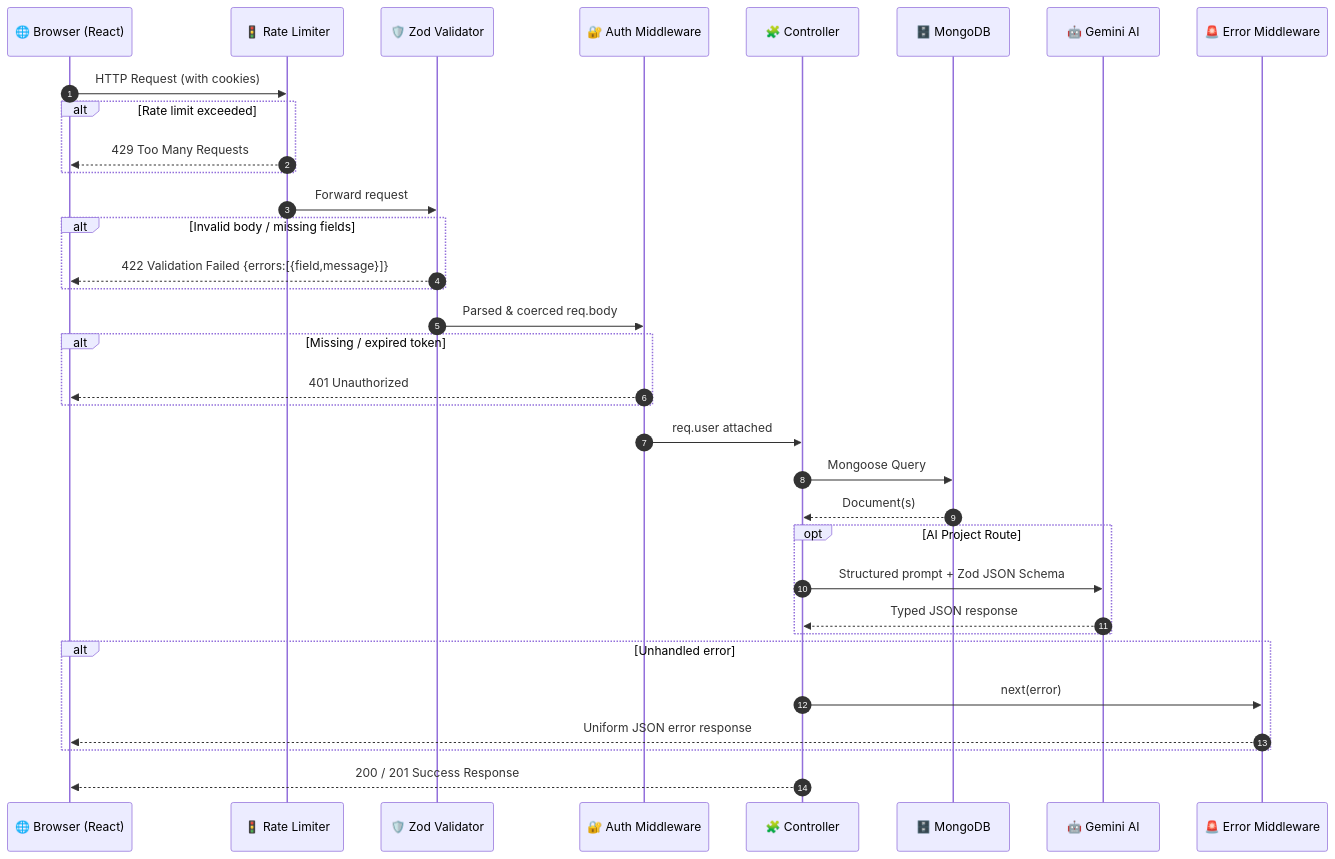
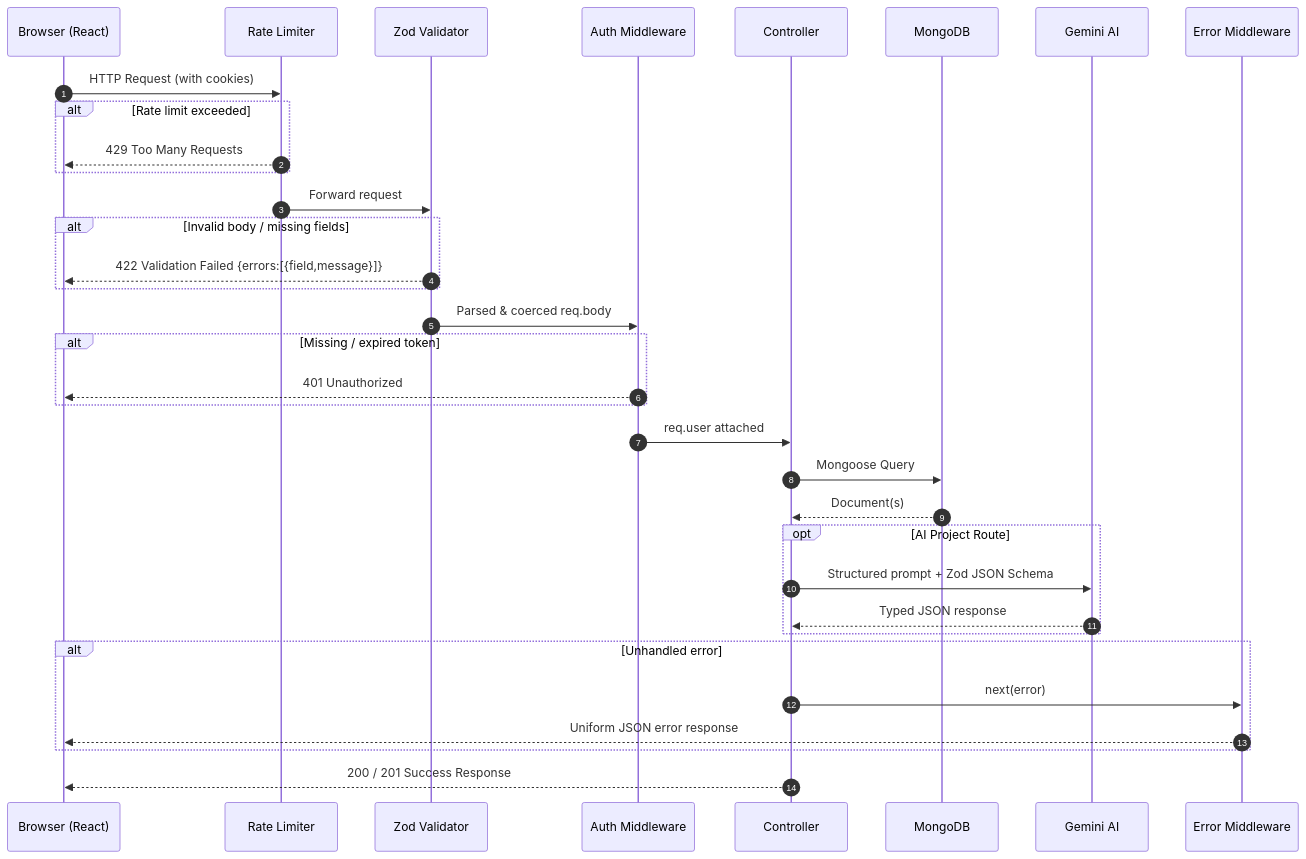
One commit to SahilSameer18/prepstack changed the second of 4 diagrams in README.md. Above: the diagram before and after it, drawn with Mermaid. The commit also changed other lines of this file and 4 other files, not shown here.

Commit message:
docs: reorganize the README for reviewers, add key decisions table, tidy setup, scripts and testing, replace limitations with deployment notes and roadmap

````diff
--- a/README.md
+++ b/README.md
@@ -212,43 +211,43 @@
 ```mermaid
 sequenceDiagram
     autonumber
-    participant Browser as 🌐 Browser (React)
-    participant RL as 🚦 Rate Limiter
-    participant ZV as 🛡️ Zod Validator
-    participant AM as 🔐 Auth Middleware
-    participant CT as 🧩 Controller
-    participant DB as 🗄️ MongoDB
-    participant AI as 🤖 Gemini AI
-    participant EM as 🚨 Error Middleware
+    participant Browser as Browser (React)
+    participant RL as Rate Limiter
+    participant ZV as Zod Validator
+    participant AM as Auth Middleware
+    participant CT as Controller
+    participant DB as MongoDB
+    participant AI as Gemini AI
+    participant EM as Error Middleware
 
     Browser->>RL: HTTP Request (with cookies)
     alt Rate limit exceeded
         RL-->>Browser: 429 Too Many Requests
     end
     RL->>ZV: Forward request
 
     alt Invalid body / missing fields
         ZV-->>Browser: 422 Validation Failed {errors:[{field,message}]}
     end
     ZV->>AM: Parsed & coerced req.body
 
     alt Missing / expired token
         AM-->>Browser: 401 Unauthorized
     end
     AM->>CT: req.user attached
 
     CT->>DB: Mongoose Query
     DB-->>CT: Document(s)
 
     opt AI Project Route
         CT->>AI: Structured prompt + Zod JSON Schema
         AI-->>CT: Typed JSON response
     end
 
     alt Unhandled error
         CT->>EM: next(error)
         EM-->>Browser: Uniform JSON error response
     end
 
     CT-->>Browser: 200 / 201 Success Response
 ```
````
